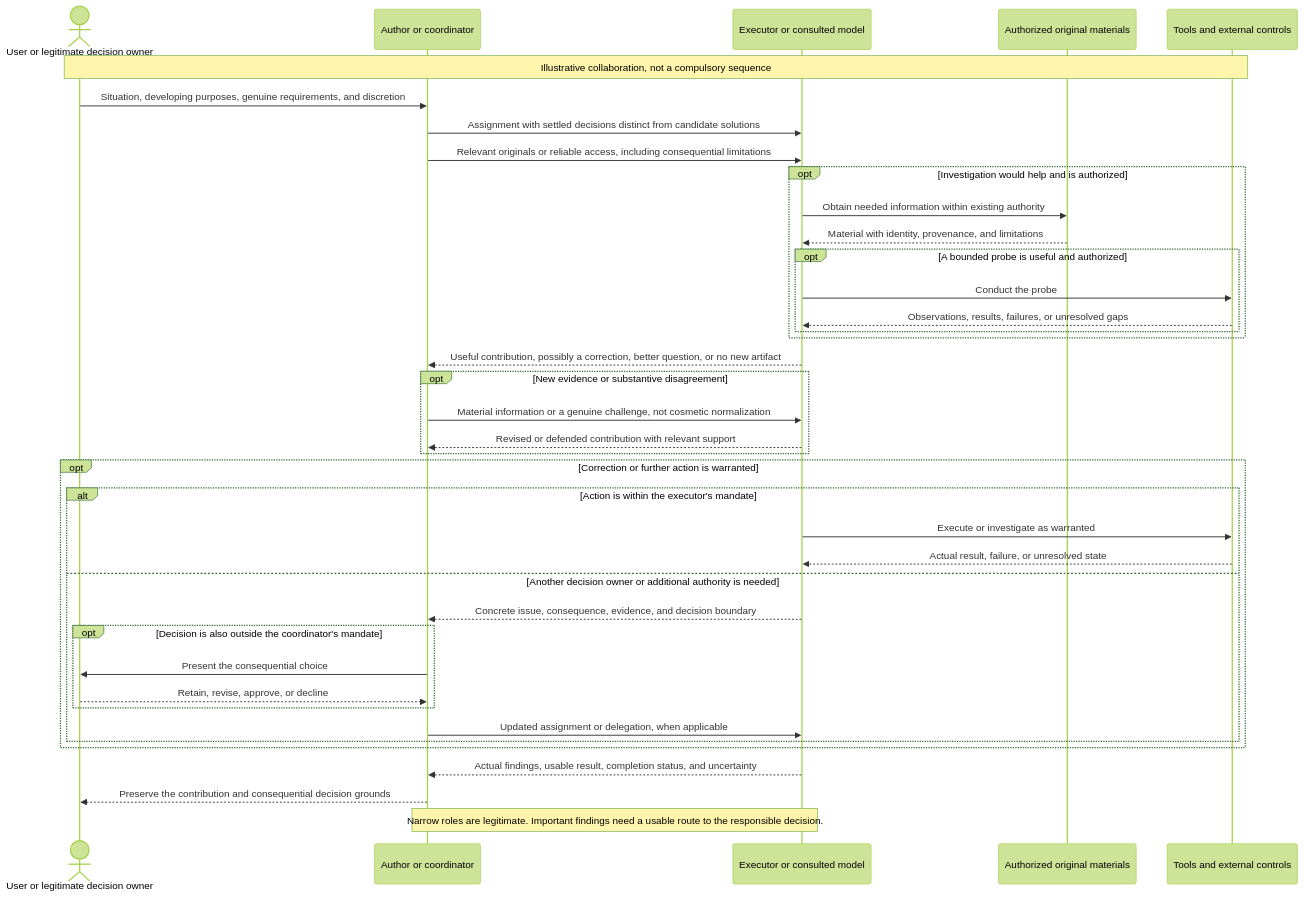
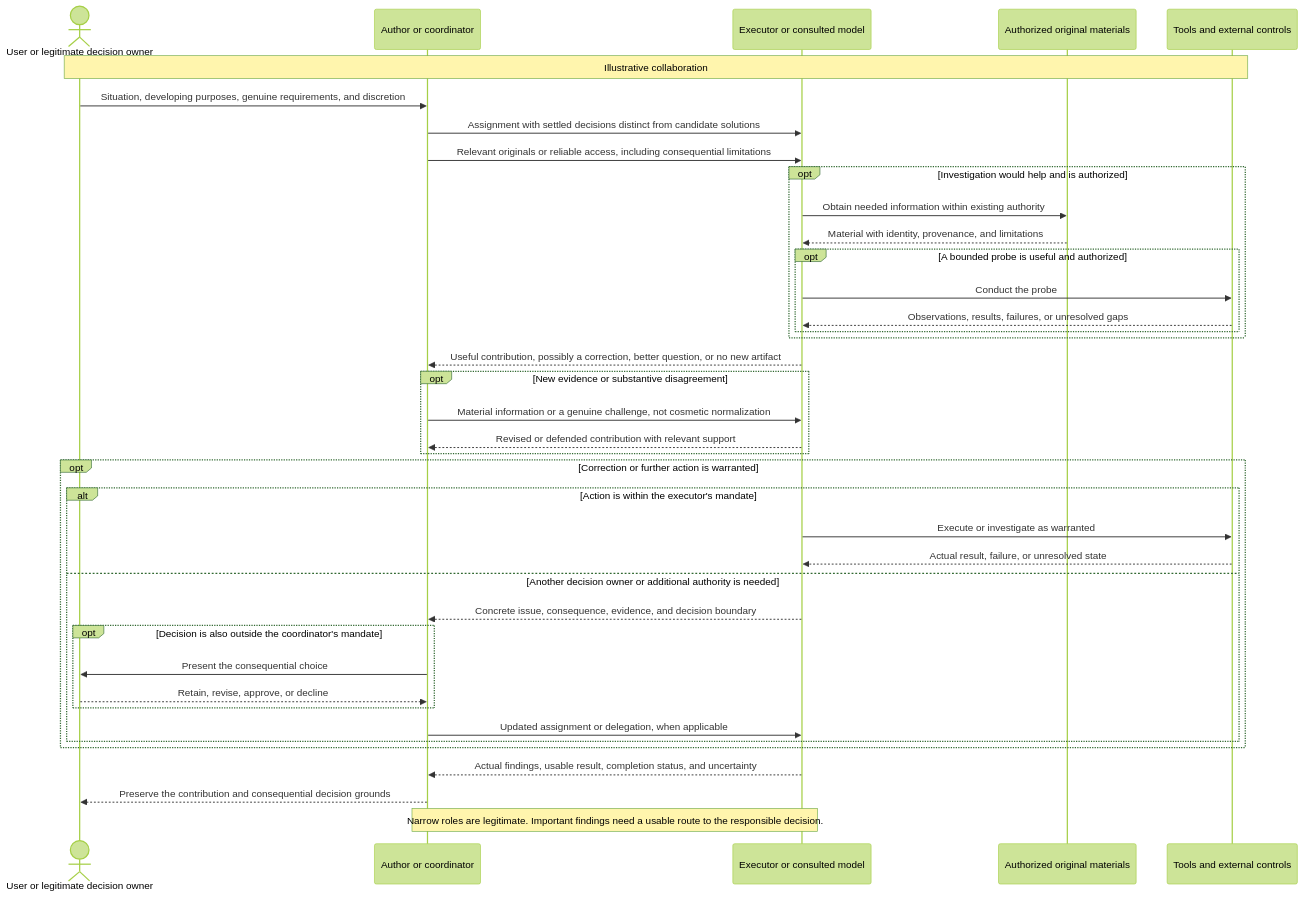
Before and after one commit to DevGuyRash/agent-tooling: the fourth of 8 diagrams in plugins/agentic-design-and-evaluation/skills/foundational-knowledge/references/foundational-knowledge.md, drawn with Mermaid (forest theme). The commit also changed other lines of this file and 20 other files, not shown here.

````diff
--- a/plugins/agentic-design-and-evaluation/skills/foundational-knowledge/references/foundational-knowledge.md
+++ b/plugins/agentic-design-and-evaluation/skills/foundational-knowledge/references/foundational-knowledge.md
@@ -141,47 +139,47 @@
 ```mermaid
 sequenceDiagram
   actor User as User or legitimate decision owner
   participant Author as Author or coordinator
   participant Expert as Executor or consulted model
   participant Sources as Authorized original materials
   participant Environment as Tools and external controls
 
-  Note over User,Environment: Illustrative collaboration, not a compulsory sequence
+  Note over User,Environment: Illustrative collaboration
   User->>Author: Situation, developing purposes, genuine requirements, and discretion
   Author->>Expert: Assignment with settled decisions distinct from candidate solutions
   Author->>Expert: Relevant originals or reliable access, including consequential limitations
 
   opt Investigation would help and is authorized
     Expert->>Sources: Obtain needed information within existing authority
     Sources-->>Expert: Material with identity, provenance, and limitations
     opt A bounded probe is useful and authorized
       Expert->>Environment: Conduct the probe
       Environment-->>Expert: Observations, results, failures, or unresolved gaps
     end
   end
 
   Expert-->>Author: Useful contribution, possibly a correction, better question, or no new artifact
 
   opt New evidence or substantive disagreement
     Author->>Expert: Material information or a genuine challenge, not cosmetic normalization
     Expert-->>Author: Revised or defended contribution with relevant support
   end
 
   opt Correction or further action is warranted
     alt Action is within the executor's mandate
       Expert->>Environment: Execute or investigate as warranted
       Environment-->>Expert: Actual result, failure, or unresolved state
     else Another decision owner or additional authority is needed
       Expert-->>Author: Concrete issue, consequence, evidence, and decision boundary
       opt Decision is also outside the coordinator's mandate
         Author->>User: Present the consequential choice
         User-->>Author: Retain, revise, approve, or decline
       end
       Author->>Expert: Updated assignment or delegation, when applicable
     end
   end
 
   Expert-->>Author: Actual findings, usable result, completion status, and uncertainty
   Author-->>User: Preserve the contribution and consequential decision grounds
   Note over Author,Expert: Narrow roles are legitimate. Important findings need a usable route to the responsible decision.
 ```
````
